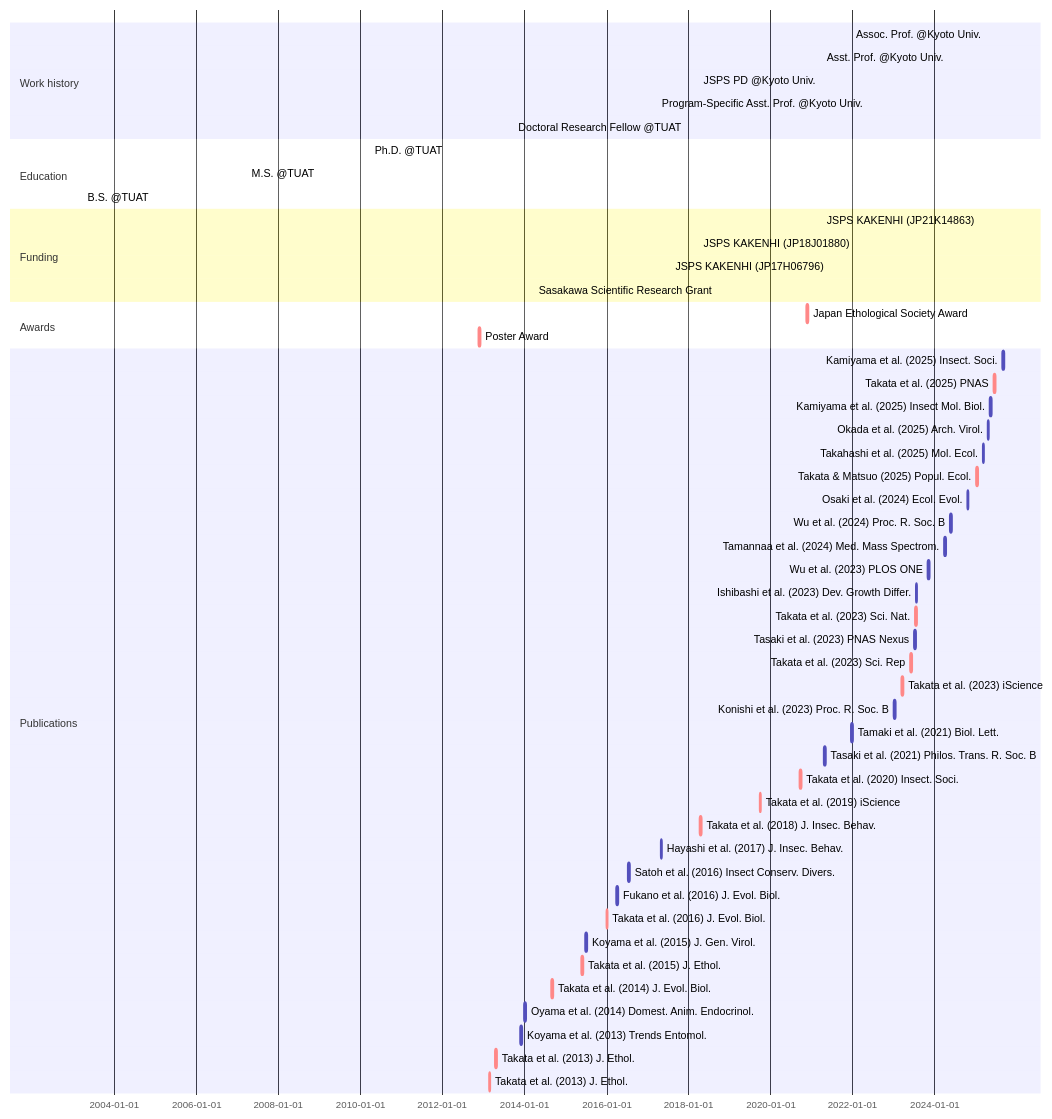
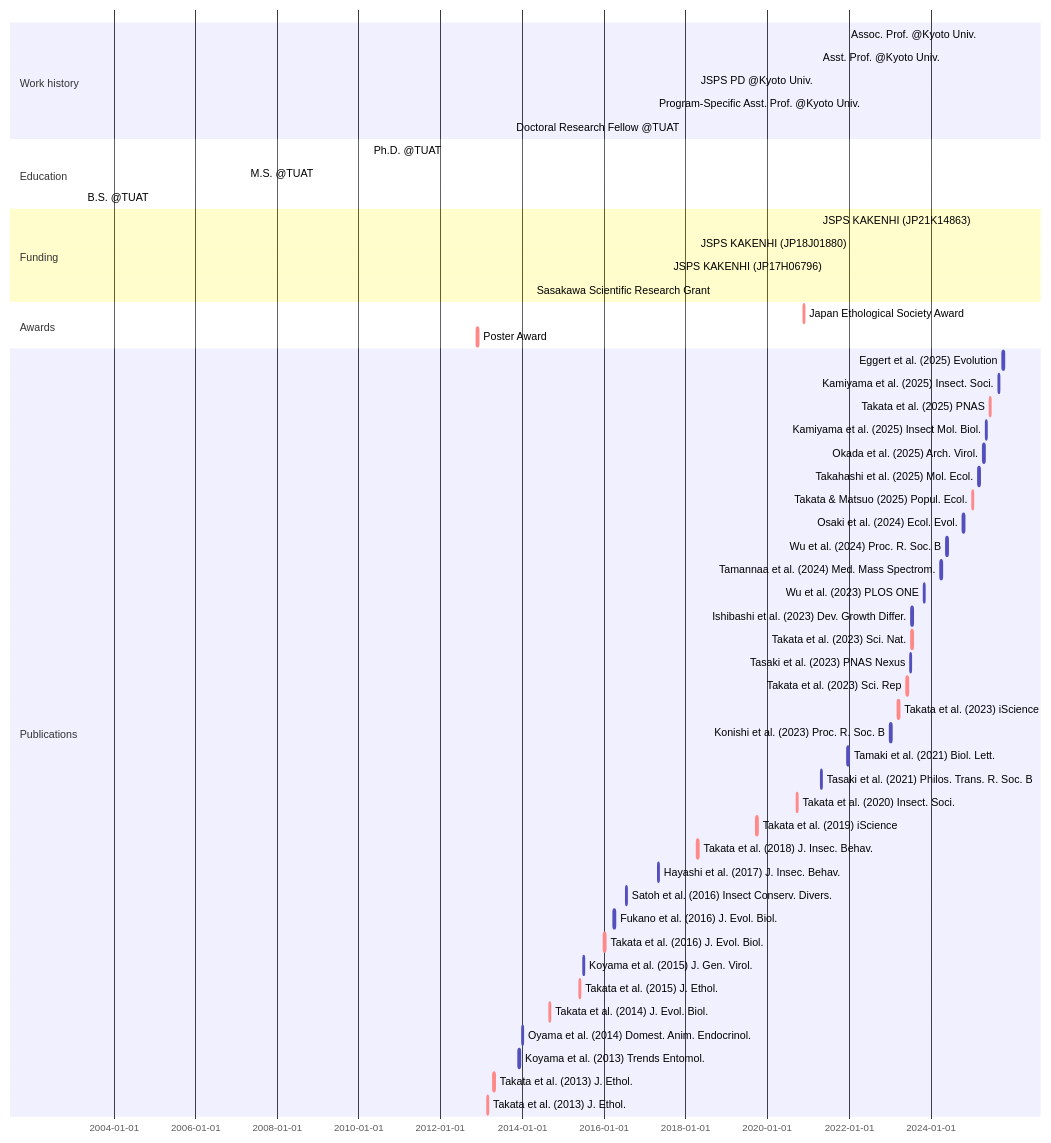
The diagram in _includes/mermaid-cv.md (MamoruTakata/MamoruTakata.github.io), drawn with Mermaid before and after one commit.

````diff
--- a/_includes/mermaid-cv.md
+++ b/_includes/mermaid-cv.md
@@ -1,58 +1,59 @@
 ```mermaid
 gantt
 section Work history
   Assoc. Prof. @Kyoto Univ.                     : active, Assoc. Prof., 2025-04-01, 2030-03-31
   Asst. Prof. @Kyoto Univ.                      : active, Asst. Prof., 2021-04-01, 2025-03-31
   JSPS PD @Kyoto Univ.                          : active, PD, 2018-04-01, 2021-03-31
   Program-Specific Asst. Prof. @Kyoto Univ.     : active, Program-Specific Asst. Prof., 2017-04-01, 2018-03-31
   Doctoral Research Fellow @TUAT                : active, Program-Specific Asst. Prof., 2013-10-01, 2017-03-31
 
 section Education
   Ph.D. @TUAT    : Ph.D., 2010-04-01, 2013-09-18
   M.S. @TUAT     : M.S., 2007-04-01, 2010-03-31
   B.S. @TUAT     : B.S., 2003-04-01, 2007-03-31
 
 section Funding
   JSPS KAKENHI (JP21K14863)                     : active, grant_young, 2021-04-01, 2026-03-31
   JSPS KAKENHI (JP18J01880)                     : active, grant_PD, 2018-04-01, 2021-03-31
   JSPS KAKENHI (JP17H06796)                     : active, grant_start, 2017-08-01, 2018-03-31
   Sasakawa Scientific Research Grant            : active, grant_Sasagawa, 2014-04-01, 2015-03-31
 
 section Awards
   Japan Ethological Society Award               : crit, aw_2, 2020-11-21, 2w
   Poster Award                                  : crit, aw_1, 2012-11-24, 2w
 
 section Publications
+  Eggert et al. (2025) Evolution                :       Eggert et al. 2025, 2025-10-10, 2w
   Kamiyama et al. (2025) Insect. Soci.          :       Kamiyama et al. 2025, 2025-08-31, 2w
   Takata et al. (2025) PNAS                     : crit, Takata et al. 2025, 2025-06-13, 2w
   Kamiyama et al. (2025) Insect Mol. Biol.      :       Kamiyama et al. 2025, 2025-05-11, 2w
   Okada et al. (2025) Arch. Virol.              :       Okada et al. 2025, 2025-04-16, 2w
   Takahashi et al. (2025) Mol. Ecol.            :       Takahashi et al. 2025, 2025-03-04, 2w
   Takata & Matsuo (2025) Popul. Ecol.           : crit, Takata & Matsuo 2025, 2025-01-07, 2w
   Osaki et al. (2024) Ecol. Evol.               :       Osaki et al. 2024, 2024-10-17, 2w
   Wu et al. (2024) Proc. R. Soc. B              :       Wu et al. 2024, 2024-05-22, 2w
   Tamannaa et al. (2024) Med. Mass Spectrom.    :       Tamannaa et al. 2024, 2024-04-01, 2w
   Wu et al. (2023) PLOS ONE                     :       Wu et al. 2023, 2023-11-02, 2w
   Ishibashi et al. (2023) Dev. Growth Differ.   :       Ishibashi et al. 2023, 2023-07-18, 2w
   Takata et al. (2023) Sci. Nat.                : crit, Takata et al. 2023c, 2023-07-17, 2w
   Tasaki et al. (2023) PNAS Nexus               :       Tasaki et al. 2023, 2023-07-04, 2w
   Takata et al. (2023) Sci. Rep                 : crit, Takata et al. 2023b, 2023-05-31, 2w
   Takata et al. (2023) iScience                 : crit, Takata et al. 2023a, 2023-03-17, 2w
   Konishi et al. (2023) Proc. R. Soc. B         :       Konishi et al. 2023, 2023-01-04, 2w
   Tamaki et al. (2021) Biol. Lett.              :       Tamaki et al. 2021, 2021-12-22, 2w
   Tasaki et al. (2021) Philos. Trans. R. Soc. B :       Tasaki et al. 2021, 2021-04-26, 2w
   Takata et al. (2020) Insect. Soci.            : crit, Takata et al. 2020, 2020-09-22, 2w
   Takata et al. (2019) iScience                 : crit, Takata et al. 2019, 2019-09-27, 2w
   Takata et al. (2018) J. Insec. Behav.         : crit, Takata et al. 2018, 2018-04-14, 2w
   Hayashi et al. (2017) J. Insec. Behav.        :       Hayashi et al. 2017, 2017-04-29, 2w
   Satoh et al. (2016) Insect Conserv. Divers.   :       Satoh et al. 2016, 2016-07-16, 2w
   Fukano et al. (2016) J. Evol. Biol.           :       Fukano et al. 2016, 2016-04-01, 2w
   Takata et al. (2016) J. Evol. Biol.           : crit, Takata et al. 2016, 2016-01-01, 2w
   Koyama et al. (2015) J. Gen. Virol.           :       Koyama et al. 2015, 2015-07-01, 2w
   Takata et al. (2015) J. Ethol.                : crit, Takata et al. 2015, 2015-05-28, 2w
   Takata et al. (2014) J. Evol. Biol.           : crit, Takata et al. 2014, 2014-09-01, 2w
   Oyama et al. (2014) Domest. Anim. Endocrinol. :       Oyama et al. 2014, 2014-01-01, 2w
   Koyama et al. (2013) Trends Entomol.          :       Koyama et al. 2013, 2013-12-01, 2w
   Takata et al. (2013) J. Ethol.                : crit, Takata et al. 2015b, 2013-04-21, 2w
   Takata et al. (2013) J. Ethol.                : crit, Takata et al. 2015a, 2013-02-23, 2w
 ```
````
